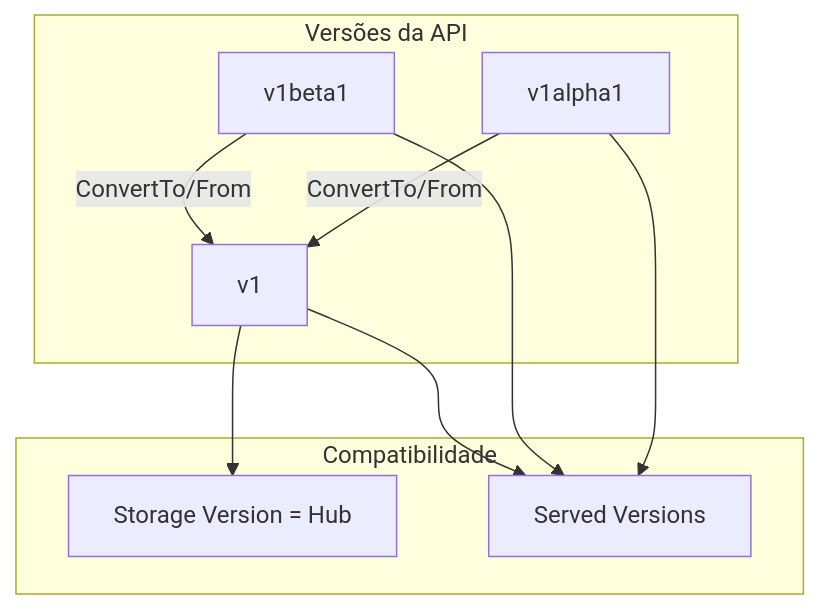
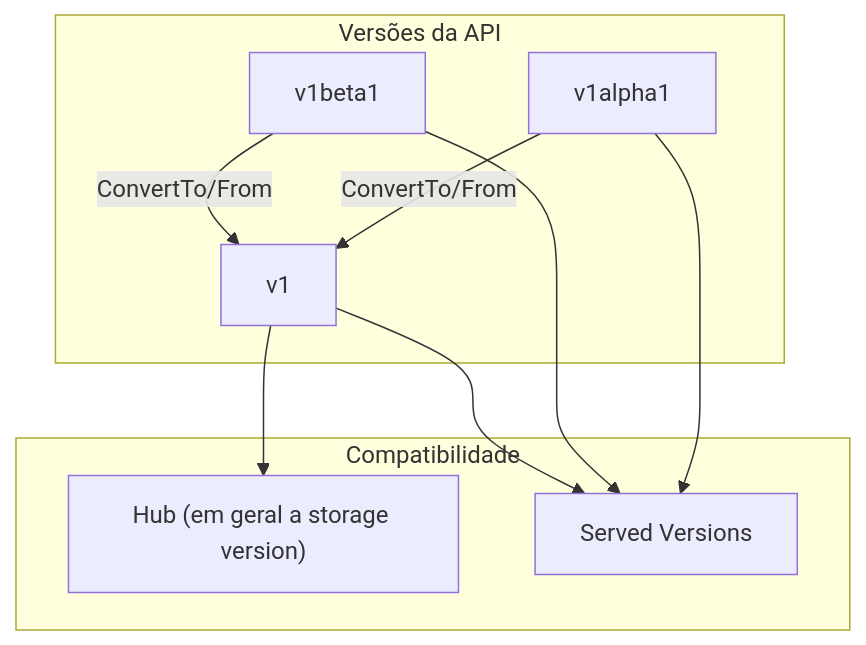
The second of 7 diagrams in docs/extras/advanced-operator-topics.md (cloud104/tcloud-devops-k8s-operators-training), drawn with Mermaid before and after one commit. The commit also changed other lines of this file and 5 other files, not shown here.

````diff
--- a/docs/extras/advanced-operator-topics.md
+++ b/docs/extras/advanced-operator-topics.md
@@ -40,19 +43,19 @@
 ```mermaid
 flowchart TD
     subgraph VER ["Versões da API"]
         V1A["v1alpha1"]
         V1B["v1beta1"]
         V1["v1"]
         
         V1A -->|"ConvertTo/From"| V1
         V1B -->|"ConvertTo/From"| V1
     end
     
     subgraph COMP ["Compatibilidade"]
-        STORE["Storage Version = Hub"]
+        STORE["Hub (em geral a storage version)"]
         SERVED["Served Versions"]
     end
     
     V1A & V1B & V1 --> SERVED
     V1 --> STORE
 ```
````
